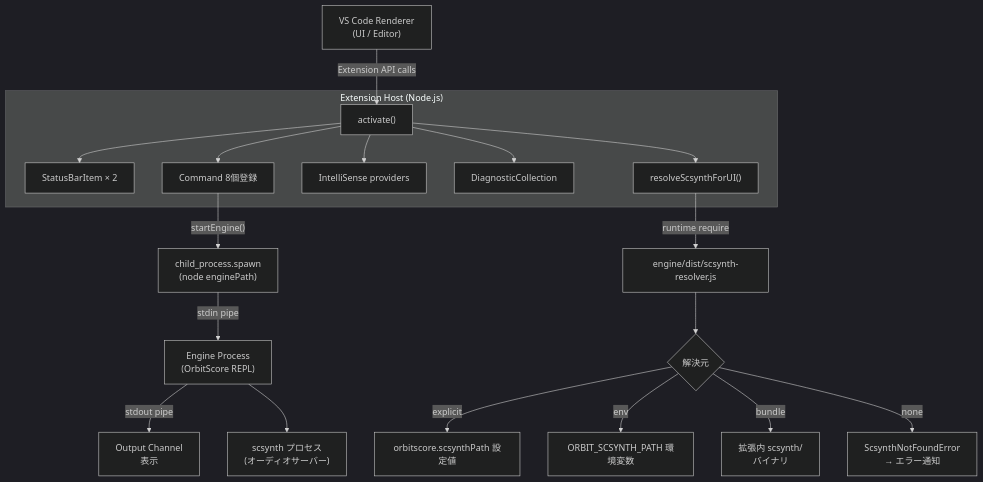
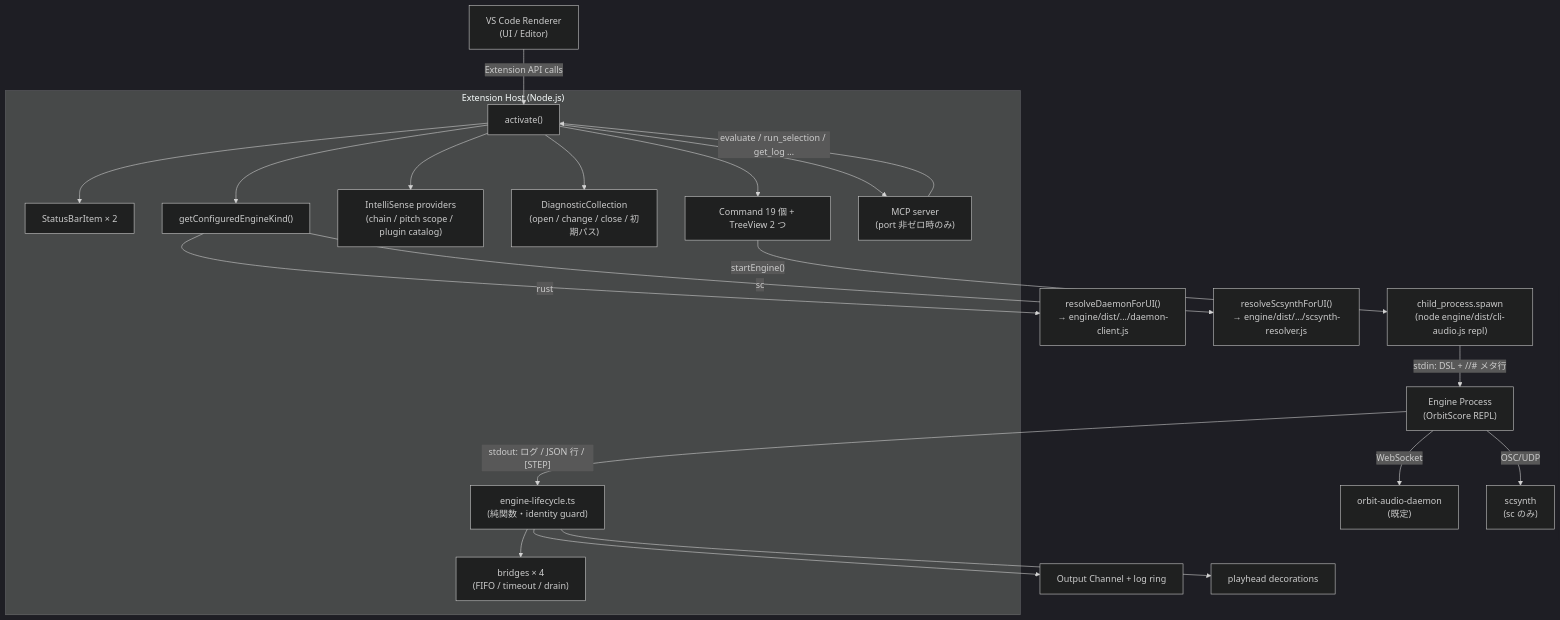
The diagram in sites/dev/editor/vscode-architecture.md (signalcompose/orbitscore), drawn with Mermaid (dark theme) before and after one commit. The commit also changed other lines of this file and 6 other files, not shown here.

````diff
--- a/sites/dev/editor/vscode-architecture.md
+++ b/sites/dev/editor/vscode-architecture.md
@@ -410,25 +759,29 @@
 ```mermaid
 flowchart TD
     A["VS Code Renderer\n(UI / Editor)"] -->|"Extension API calls"| B
 
     subgraph ExtHost["Extension Host (Node.js)"]
         B["activate()"]
         B --> C["StatusBarItem × 2"]
-        B --> D["Command 8個登録"]
-        B --> E["IntelliSense providers"]
-        B --> F["DiagnosticCollection"]
-        B --> G["resolveScsynthForUI()"]
+        B --> D["Command 19 個 + TreeView 2 つ"]
+        B --> E["IntelliSense providers\n(chain / pitch scope / plugin catalog)"]
+        B --> F["DiagnosticCollection\n(open / change / close / 初期パス)"]
+        B --> G["getConfiguredEngineKind()"]
+        B --> MCP["MCP server\n(port 非ゼロ時のみ)"]
+        LC["engine-lifecycle.ts\n(純関数・identity guard)"]
+        BR["bridges × 4\n(FIFO / timeout / drain)"]
     end
 
-    G -->|"runtime require"| H["engine/dist/scsynth-resolver.js"]
-    H --> I{"解決元"}
-    I -->|"explicit"| J["orbitscore.scsynthPath 設定値"]
-    I -->|"env"| K["ORBIT_SCSYNTH_PATH 環境変数"]
-    I -->|"bundle"| L["拡張内 scsynth/\nバイナリ"]
-    I -->|"none"| M["ScsynthNotFoundError\n→ エラー通知"]
+    G -->|"rust"| H1["resolveDaemonForUI()\n→ engine/dist/.../daemon-client.js"]
+    G -->|"sc"| H2["resolveScsynthForUI()\n→ engine/dist/.../scsynth-resolver.js"]
 
-    D -->|"startEngine()"| N["child_process.spawn\n(node enginePath)"]
-    N -->|"stdin pipe"| O["Engine Process\n(OrbitScore REPL)"]
-    O -->|"stdout pipe"| P["Output Channel\n表示"]
-    O --> Q["scsynth プロセス\n(オーディオサーバー)"]
+    D -->|"startEngine()"| N["child_process.spawn\n(node engine/dist/cli-audio.js repl)"]
+    N -->|"stdin: DSL + //# メタ行"| O["Engine Process\n(OrbitScore REPL)"]
+    O -->|"stdout: ログ / JSON 行 / [STEP]"| LC
+    LC --> P["Output Channel + log ring"]
+    LC --> BR
+    LC --> PH["playhead decorations"]
+    O -->|"WebSocket"| Q1["orbit-audio-daemon\n(既定)"]
+    O -->|"OSC/UDP"| Q2["scsynth\n(sc のみ)"]
+    MCP -->|"evaluate / run_selection / get_log …"| B
 ```
````
